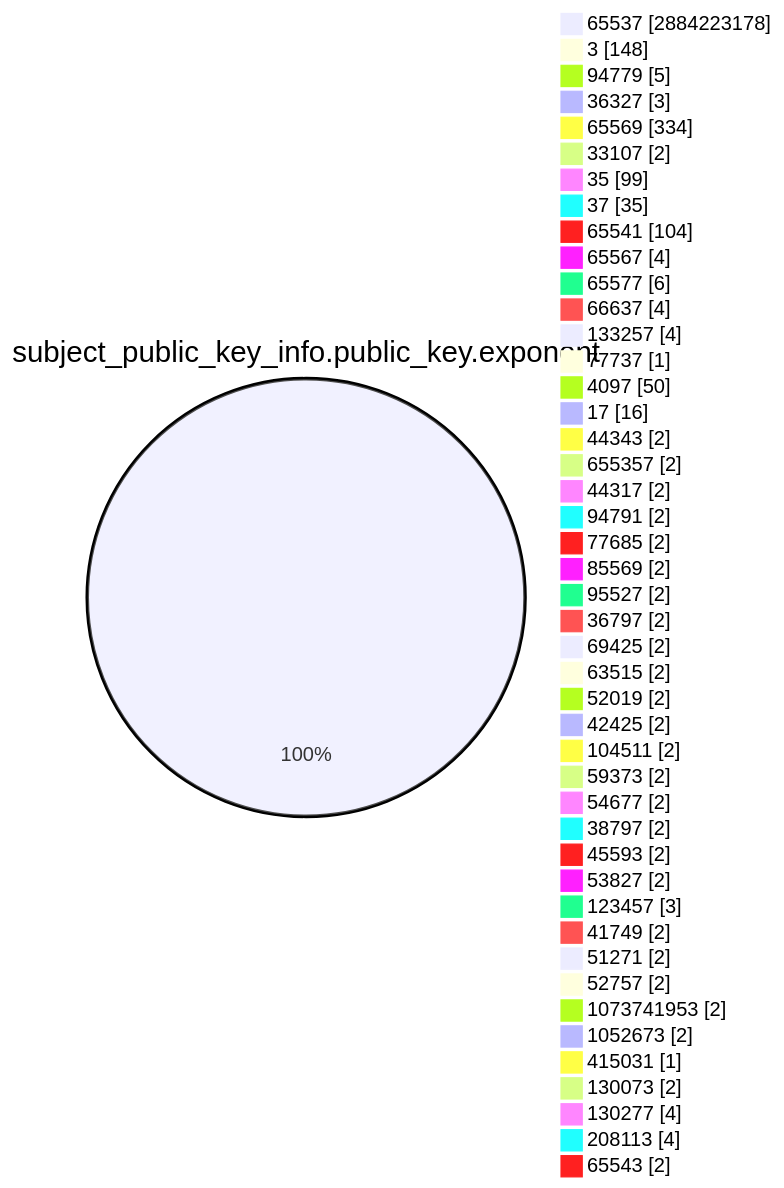
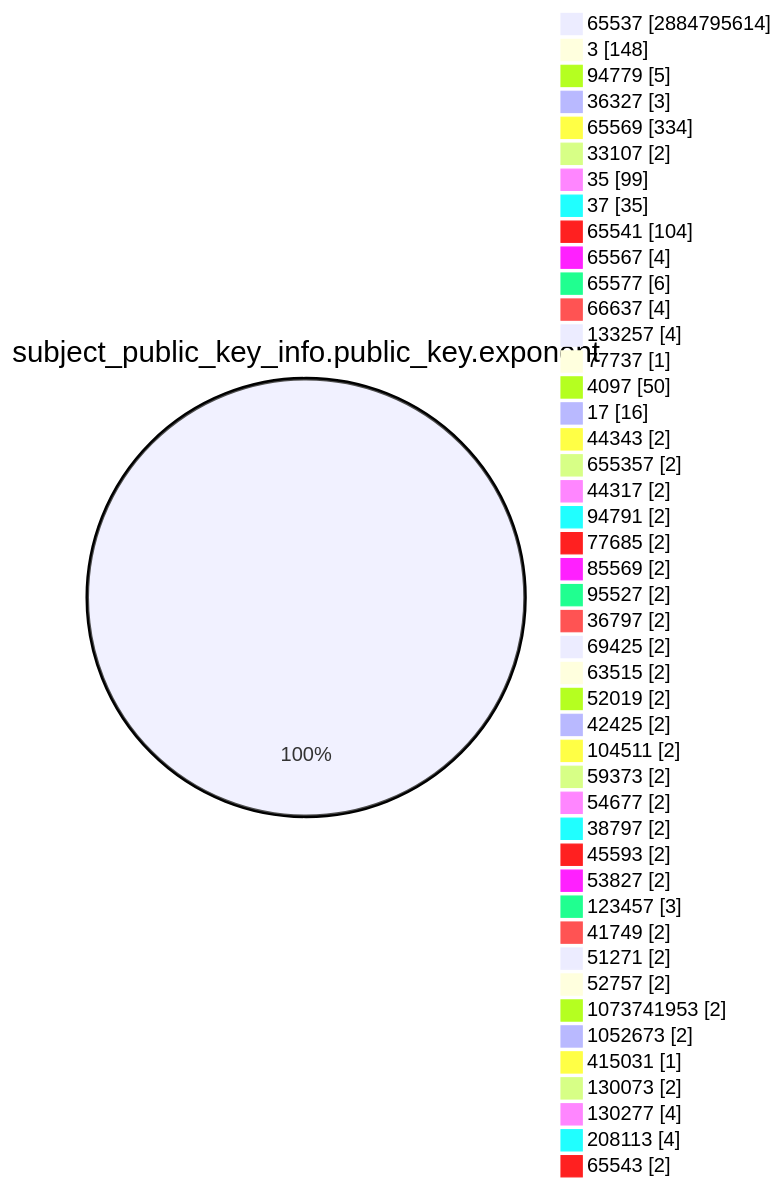
One commit to christiankrug/ctmonitor_visualization changed the fourth of 15 diagrams in TOTAL/README.md. Above: the diagram before and after it, drawn with Mermaid. The commit also changed other lines of this file, not shown here.

````diff
--- a/TOTAL/README.md
+++ b/TOTAL/README.md
@@ -1468,49 +1468,49 @@
 ```mermaid
 pie showData
 title subject_public_key_info.public_key.exponent
-"65537" :2884223178
+"65537" :2884795614
 "3" :148
 "94779" :5
 "36327" :3
 "65569" :334
 "33107" :2
 "35" :99
 "37" :35
 "65541" :104
 "65567" :4
 "65577" :6
 "66637" :4
 "133257" :4
 "77737" :1
 "4097" :50
 "17" :16
 "44343" :2
 "655357" :2
 "44317" :2
 "94791" :2
 "77685" :2
 "85569" :2
 "95527" :2
 "36797" :2
 "69425" :2
 "63515" :2
 "52019" :2
 "42425" :2
 "104511" :2
 "59373" :2
 "54677" :2
 "38797" :2
 "45593" :2
 "53827" :2
 "123457" :3
 "41749" :2
 "51271" :2
 "52757" :2
 "1073741953" :2
 "1052673" :2
 "415031" :1
 "130073" :2
 "130277" :4
 "208113" :4
 "65543" :2
 ```
````
